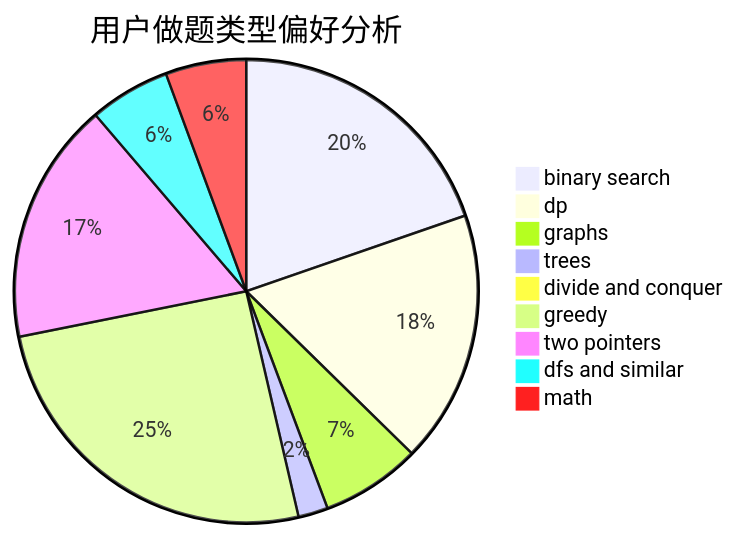
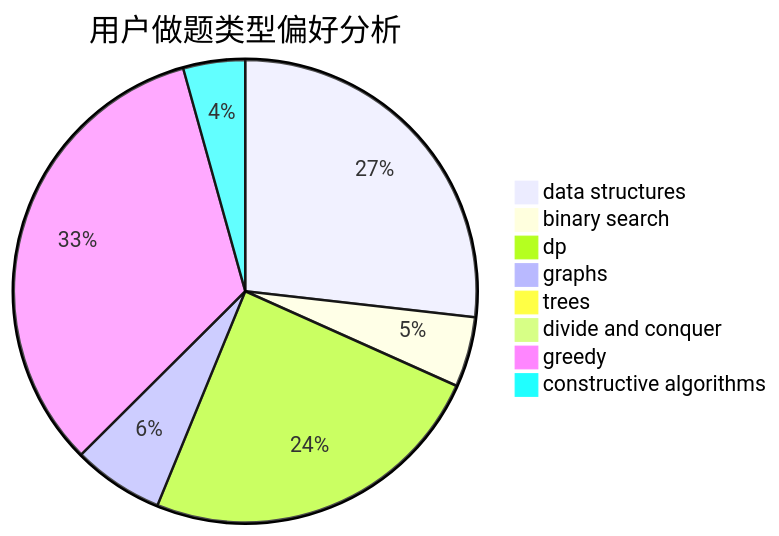
The second of 3 diagrams in docs/user/u752.md (sherpahu/cfrs.github.io), drawn with Mermaid before and after one commit. The commit also changed other lines of this file and 2775 other files, not shown here.

````diff
--- a/docs/user/u752.md
+++ b/docs/user/u752.md
@@ -23,12 +23,11 @@
 ```mermaid
 pie title 用户做题类型偏好分析
-    "binary search" :  133
-    "dp" :  119
-    "graphs" :  47
-    "trees" :  14
+    "data structures" :  93
+    "binary search" :  17
+    "dp" :  85
+    "graphs" :  22
+    "trees" :  1
     "divide and conquer" :  0
-    "greedy" :  172
-    "two pointers" :  114
-    "dfs and similar" :  38
-    "math" :  38
+    "greedy" :  115
+    "constructive algorithms" :  15
 ```
````
